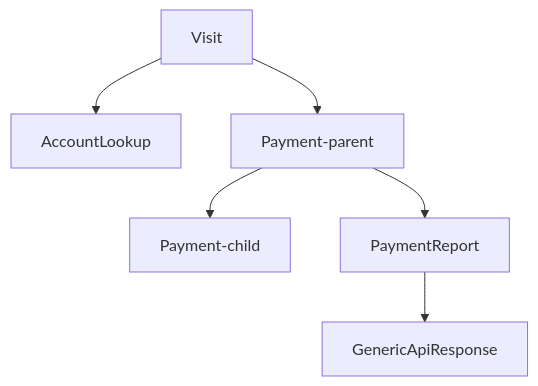
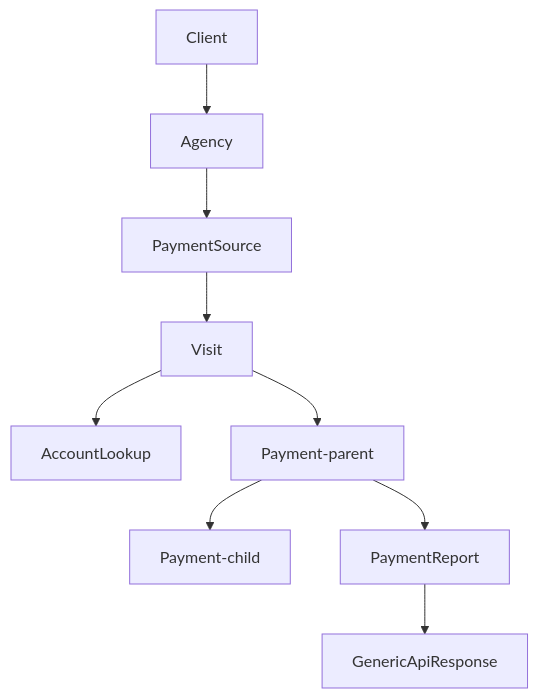
The diagram in README.md (PhiMed/rails_engine_fe), drawn with Mermaid before and after one commit.

````diff
--- a/README.md
+++ b/README.md
@@ -9,8 +9,11 @@
 ```mermaid
 graph TD;
+    Client-->Agency;
+    Agency-->PaymentSource;
+    PaymentSource-->Visit;
     Visit-->AccountLookup;
     Visit-->Payment-parent;
     Payment-parent-->Payment-child;
     Payment-parent-->PaymentReport;
     PaymentReport-->GenericApiResponse
 ```
````
